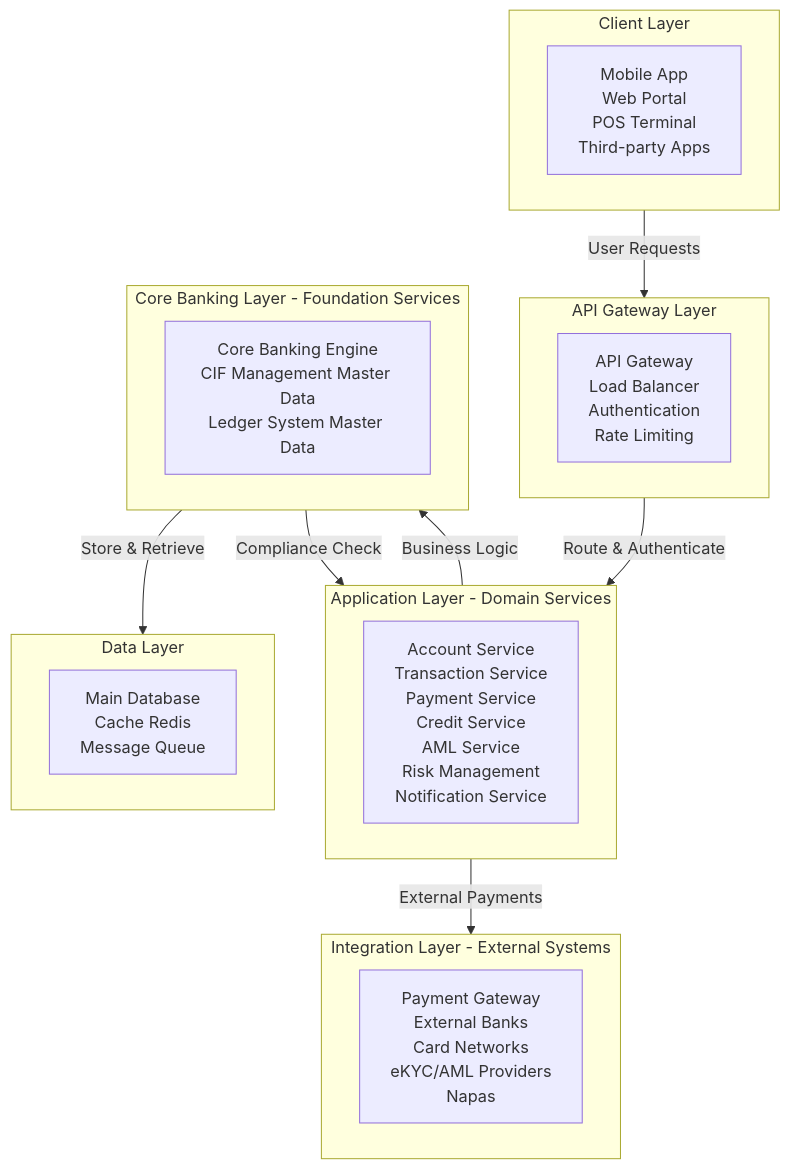
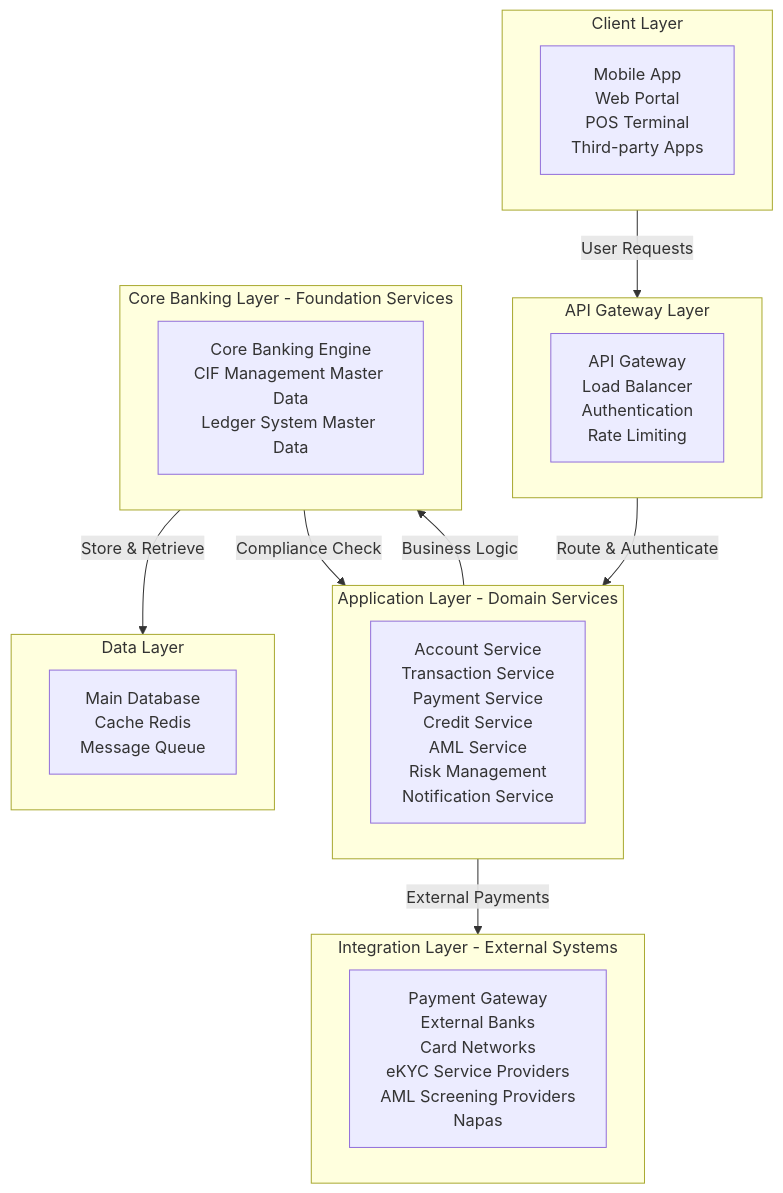
One commit to PhuMBT/eWallet_CBS changed the first of 6 diagrams in docs/cbs-sdk-finance/02-architecture.md. Above: the diagram before and after it, drawn with Mermaid. The commit also changed other lines of this file and 3 other files, not shown here.

First line of the commit message:
docs(ekyc): Update all references from direct police database to eKYC providers

````diff
--- a/docs/cbs-sdk-finance/02-architecture.md
+++ b/docs/cbs-sdk-finance/02-architecture.md
@@ -14,33 +14,33 @@
 ```mermaid
 graph TB
     subgraph CL["Client Layer"]
         CL1[Mobile App<br/>Web Portal<br/>POS Terminal<br/>Third-party Apps]
     end
     
     subgraph GW["API Gateway Layer"]
         GW1[API Gateway<br/>Load Balancer<br/>Authentication<br/>Rate Limiting]
     end
     
     subgraph APP["Application Layer - Domain Services"]
         APP1[Account Service<br/>Transaction Service<br/>Payment Service<br/>Credit Service<br/>AML Service<br/>Risk Management<br/>Notification Service]
     end
     
     subgraph CORE["Core Banking Layer - Foundation Services"]
         CORE1[Core Banking Engine<br/>CIF Management Master Data<br/>Ledger System Master Data]
     end
     
     subgraph DATA["Data Layer"]
         DATA1[Main Database<br/>Cache Redis<br/>Message Queue]
     end
     
     subgraph INT["Integration Layer - External Systems"]
-        INT1[Payment Gateway<br/>External Banks<br/>Card Networks<br/>eKYC/AML Providers<br/>Napas]
+        INT1[Payment Gateway<br/>External Banks<br/>Card Networks<br/>eKYC Service Providers<br/>AML Screening Providers<br/>Napas]
     end
     
     CL -->|User Requests| GW
     GW -->|Route & Authenticate| APP
     APP -->|Business Logic| CORE
     CORE -->|Store & Retrieve| DATA
     APP -->|External Payments| INT
     CORE -->|Compliance Check| APP
 ```
````
